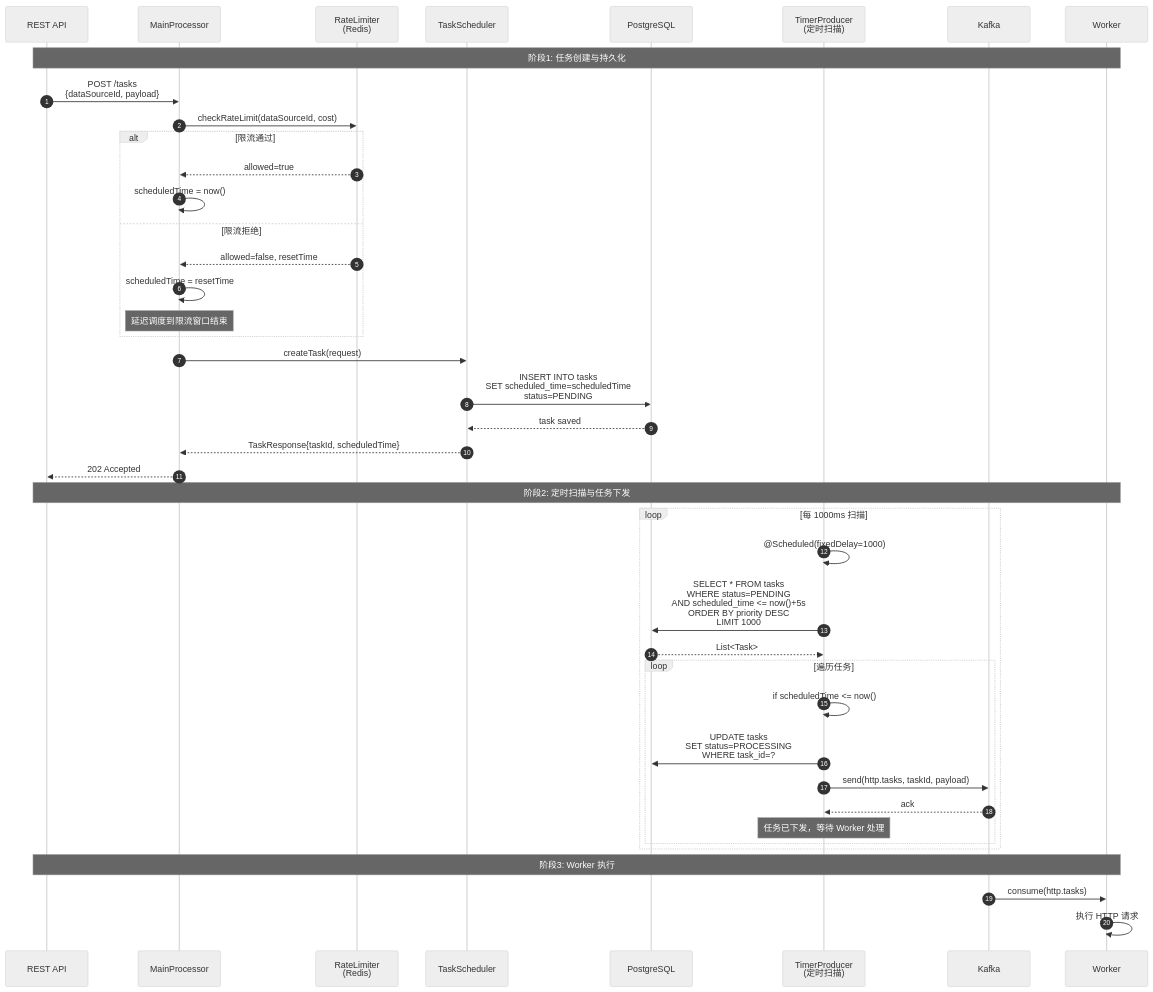
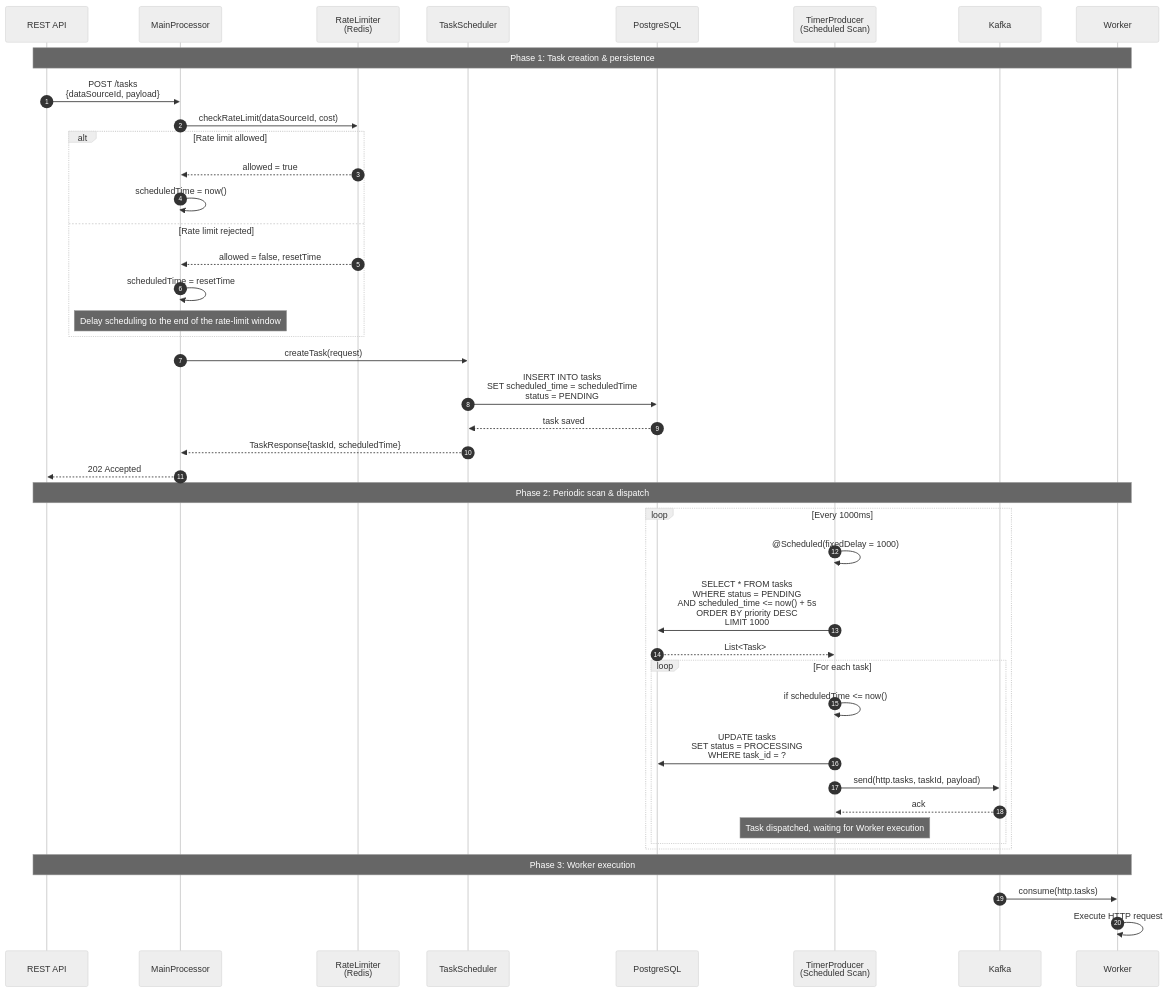
Before and after one commit to sjtutwilight/CryptoAgent: the fifth of 12 diagrams in README.md, drawn with Mermaid (neutral theme). The commit also changed other lines of this file, not shown here.

````diff
--- a/README.md
+++ b/README.md
@@ -402,51 +476,51 @@
 ```mermaid
 sequenceDiagram
     autonumber
     participant API as REST API
     participant MP as MainProcessor
     participant RL as RateLimiter<br/>(Redis)
     participant TS as TaskScheduler
     participant DB as PostgreSQL
-    participant TP as TimerProducer<br/>(定时扫描)
+    participant TP as TimerProducer<br/>(Scheduled Scan)
     participant K as Kafka
     participant W as Worker
 
-    Note over API,W: 阶段1: 任务创建与持久化
+    Note over API,W: Phase 1: Task creation & persistence
     API->>MP: POST /tasks<br/>{dataSourceId, payload}
     MP->>RL: checkRateLimit(dataSourceId, cost)
 
-    alt 限流通过
-        RL-->>MP: allowed=true
+    alt Rate limit allowed
+        RL-->>MP: allowed = true
         MP->>MP: scheduledTime = now()
-    else 限流拒绝
-        RL-->>MP: allowed=false, resetTime
+    else Rate limit rejected
+        RL-->>MP: allowed = false, resetTime
         MP->>MP: scheduledTime = resetTime
-        Note over MP: 延迟调度到限流窗口结束
+        Note over MP: Delay scheduling to the end of the rate-limit window
     end
 
     MP->>TS: createTask(request)
-    TS->>DB: INSERT INTO tasks<br/>SET scheduled_time=scheduledTime<br/>status=PENDING
+    TS->>DB: INSERT INTO tasks<br/>SET scheduled_time = scheduledTime<br/>status = PENDING
     DB-->>TS: task saved
     TS-->>MP: TaskResponse{taskId, scheduledTime}
     MP-->>API: 202 Accepted
 
-    Note over API,W: 阶段2: 定时扫描与任务下发
-    loop 每 1000ms 扫描
-        TP->>TP: @Scheduled(fixedDelay=1000)
-        TP->>DB: SELECT * FROM tasks<br/>WHERE status=PENDING<br/>AND scheduled_time <= now()+5s<br/>ORDER BY priority DESC<br/>LIMIT 1000
+    Note over API,W: Phase 2: Periodic scan & dispatch
+    loop Every 1000ms
+        TP->>TP: @Scheduled(fixedDelay = 1000)
+        TP->>DB: SELECT * FROM tasks<br/>WHERE status = PENDING<br/>AND scheduled_time <= now() + 5s<br/>ORDER BY priority DESC<br/>LIMIT 1000
         DB-->>TP: List<Task>
 
-        loop 遍历任务
+        loop For each task
             TP->>TP: if scheduledTime <= now()
-            TP->>DB: UPDATE tasks<br/>SET status=PROCESSING<br/>WHERE task_id=?
+            TP->>DB: UPDATE tasks<br/>SET status = PROCESSING<br/>WHERE task_id = ?
             TP->>K: send(http.tasks, taskId, payload)
             K-->>TP: ack
-            Note over TP: 任务已下发，等待 Worker 处理
+            Note over TP: Task dispatched, waiting for Worker execution
         end
     end
 
-    Note over API,W: 阶段3: Worker 执行
+    Note over API,W: Phase 3: Worker execution
     K->>W: consume(http.tasks)
-    W->>W: 执行 HTTP 请求
+    W->>W: Execute HTTP request
 
 ```
````
